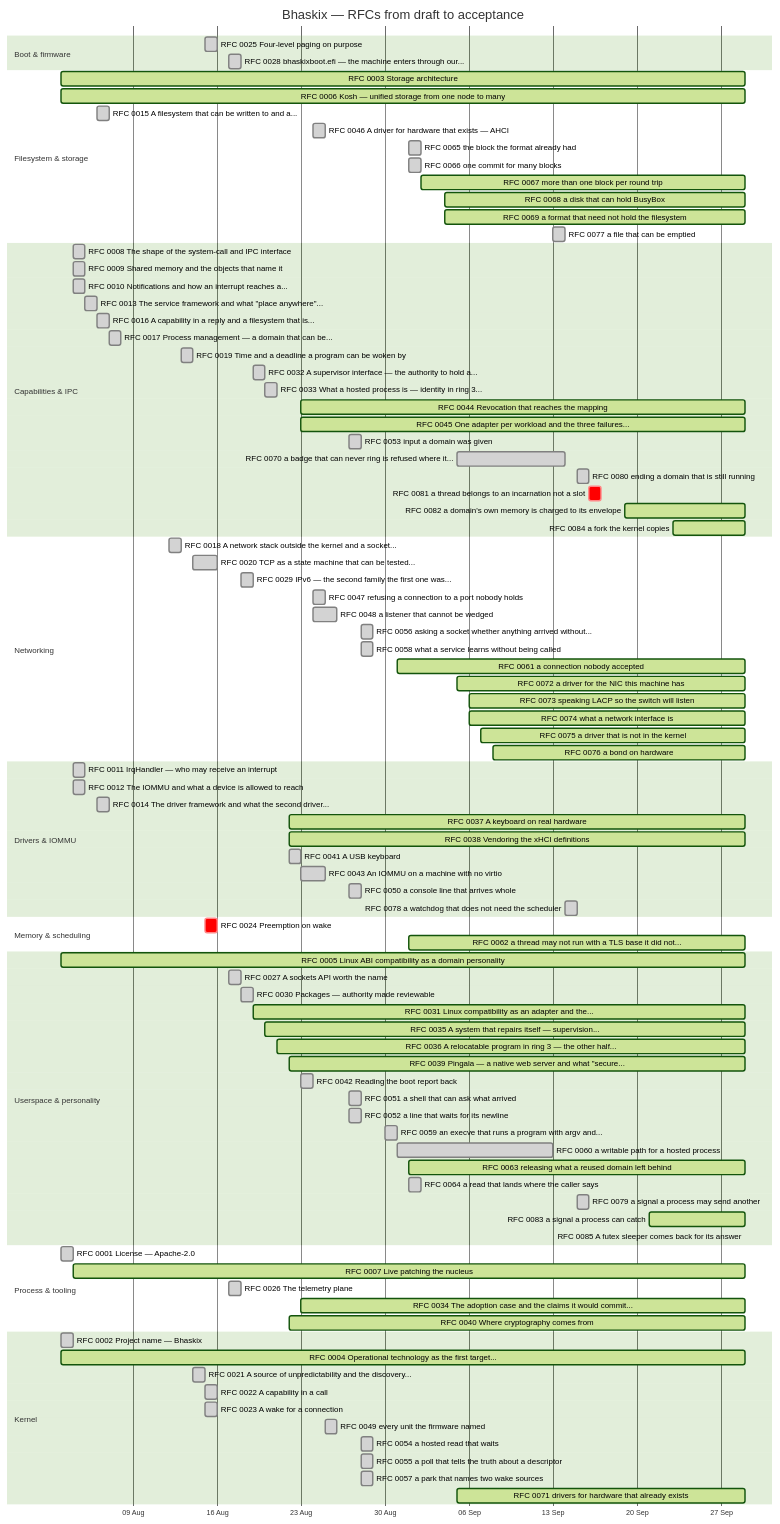
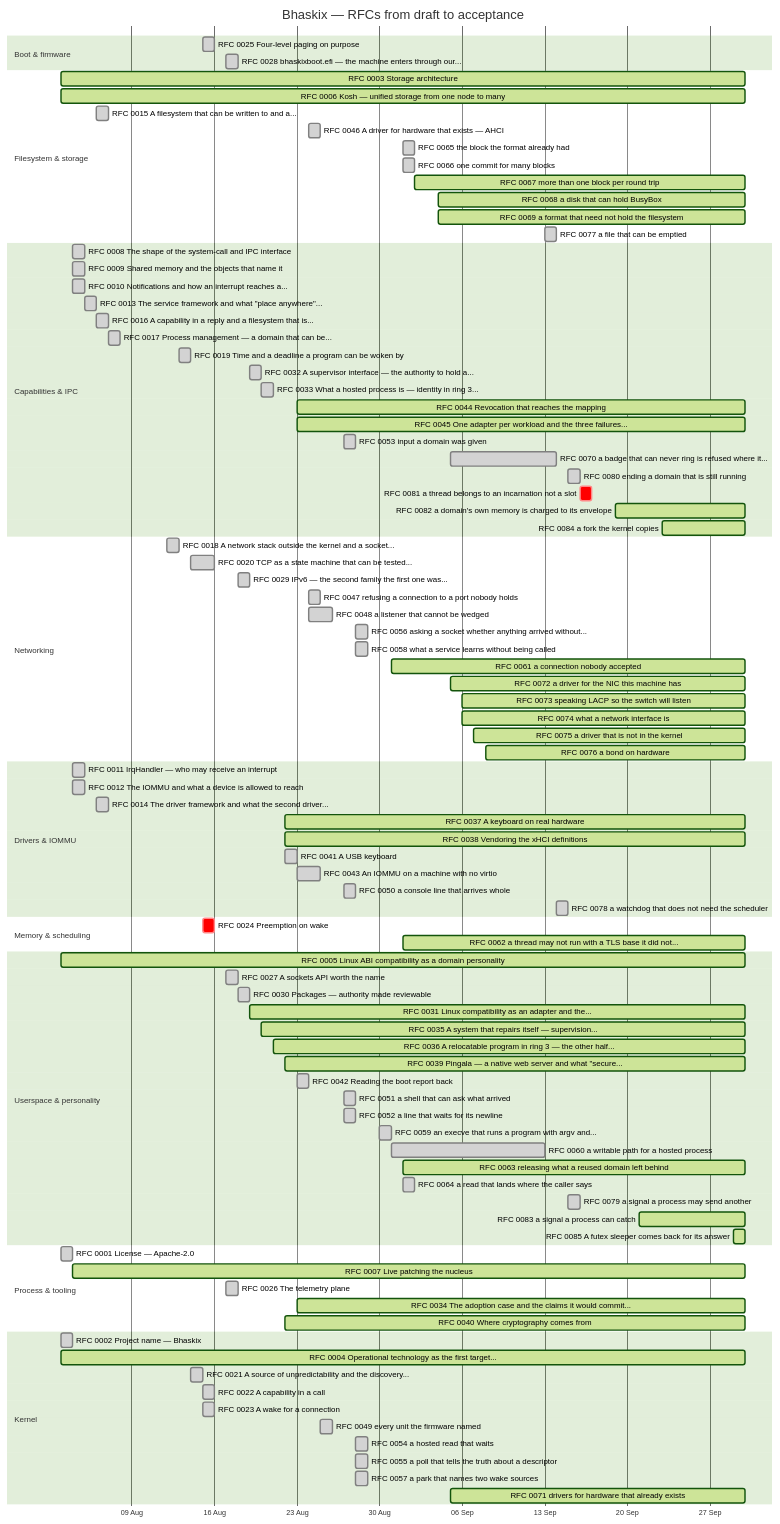
One commit to bhaskix/bhaskix changed the diagram in docs/progress.md. Above: the diagram before and after it, drawn with Mermaid (forest theme). The commit also changed other lines of this file and 3 other files, not shown here.

First line of the commit message:
kernel: a socket probe that never ends says whether its thread is being run

````diff
--- a/docs/progress.md
+++ b/docs/progress.md
@@ -31,15 +31,15 @@
     RFC 0025 Four-level paging on purpose :done, r0025, 2026-08-15, 2026-08-16
     RFC 0028 bhaskixboot.efi — the machine enters through our... :done, r0028, 2026-08-17, 2026-08-18
     section Filesystem & storage
-    RFC 0003 Storage architecture :active, r0003, 2026-08-03, 2026-09-29
-    RFC 0006 Kosh — unified storage from one node to many :active, r0006, 2026-08-03, 2026-09-29
+    RFC 0003 Storage architecture :active, r0003, 2026-08-03, 2026-09-30
+    RFC 0006 Kosh — unified storage from one node to many :active, r0006, 2026-08-03, 2026-09-30
     RFC 0015 A filesystem that can be written to and a... :done, r0015, 2026-08-06, 1d
     RFC 0046 A driver for hardware that exists — AHCI :done, r0046, 2026-08-24, 1d
     RFC 0065 the block the format already had :done, r0065, 2026-09-01, 1d
     RFC 0066 one commit for many blocks :done, r0066, 2026-09-01, 1d
-    RFC 0067 more than one block per round trip :active, r0067, 2026-09-02, 2026-09-29
-    RFC 0068 a disk that can hold BusyBox :active, r0068, 2026-09-04, 2026-09-29
-    RFC 0069 a format that need not hold the filesystem :active, r0069, 2026-09-04, 2026-09-29
+    RFC 0067 more than one block per round trip :active, r0067, 2026-09-02, 2026-09-30
+    RFC 0068 a disk that can hold BusyBox :active, r0068, 2026-09-04, 2026-09-30
+    RFC 0069 a format that need not hold the filesystem :active, r0069, 2026-09-04, 2026-09-30
     RFC 0077 a file that can be emptied :done, r0077, 2026-09-13, 1d
     section Capabilities & IPC
     RFC 0008 The shape of the system-call and IPC interface :done, r0008, 2026-08-04, 1d
@@ -51,14 +51,14 @@
     RFC 0019 Time and a deadline a program can be woken by :done, r0019, 2026-08-13, 2026-08-14
     RFC 0032 A supervisor interface — the authority to hold a... :done, r0032, 2026-08-19, 2026-08-20
     RFC 0033 What a hosted process is — identity in ring 3... :done, r0033, 2026-08-20, 1d
-    RFC 0044 Revocation that reaches the mapping :active, r0044, 2026-08-23, 2026-09-29
-    RFC 0045 One adapter per workload and the three failures... :active, r0045, 2026-08-23, 2026-09-29
+    RFC 0044 Revocation that reaches the mapping :active, r0044, 2026-08-23, 2026-09-30
+    RFC 0045 One adapter per workload and the three failures... :active, r0045, 2026-08-23, 2026-09-30
     RFC 0053 input a domain was given :done, r0053, 2026-08-27, 1d
     RFC 0070 a badge that can never ring is refused where it... :done, r0070, 2026-09-05, 2026-09-14
     RFC 0080 ending a domain that is still running :done, r0080, 2026-09-15, 1d
     RFC 0081 a thread belongs to an incarnation not a slot :crit, r0081, 2026-09-16, 1d
-    RFC 0082 a domain's own memory is charged to its envelope :active, r0082, 2026-09-19, 2026-09-29
-    RFC 0084 a fork the kernel copies :active, r0084, 2026-09-23, 2026-09-29
+    RFC 0082 a domain's own memory is charged to its envelope :active, r0082, 2026-09-19, 2026-09-30
+    RFC 0084 a fork the kernel copies :active, r0084, 2026-09-23, 2026-09-30
     section Networking
     RFC 0018 A network stack outside the kernel and a socket... :done, r0018, 2026-08-12, 2026-08-13
     RFC 0020 TCP as a state machine that can be tested... :done, r0020, 2026-08-14, 2026-08-16
@@ -67,52 +67,52 @@
     RFC 0048 a listener that cannot be wedged :done, r0048, 2026-08-24, 2026-08-26
     RFC 0056 asking a socket whether anything arrived without... :done, r0056, 2026-08-28, 1d
     RFC 0058 what a service learns without being called :done, r0058, 2026-08-28, 1d
-    RFC 0061 a connection nobody accepted :active, r0061, 2026-08-31, 2026-09-29
-    RFC 0072 a driver for the NIC this machine has :active, r0072, 2026-09-05, 2026-09-29
-    RFC 0073 speaking LACP so the switch will listen :active, r0073, 2026-09-06, 2026-09-29
-    RFC 0074 what a network interface is :active, r0074, 2026-09-06, 2026-09-29
-    RFC 0075 a driver that is not in the kernel :active, r0075, 2026-09-07, 2026-09-29
-    RFC 0076 a bond on hardware :active, r0076, 2026-09-08, 2026-09-29
+    RFC 0061 a connection nobody accepted :active, r0061, 2026-08-31, 2026-09-30
+    RFC 0072 a driver for the NIC this machine has :active, r0072, 2026-09-05, 2026-09-30
+    RFC 0073 speaking LACP so the switch will listen :active, r0073, 2026-09-06, 2026-09-30
+    RFC 0074 what a network interface is :active, r0074, 2026-09-06, 2026-09-30
+    RFC 0075 a driver that is not in the kernel :active, r0075, 2026-09-07, 2026-09-30
+    RFC 0076 a bond on hardware :active, r0076, 2026-09-08, 2026-09-30
     section Drivers & IOMMU
     RFC 0011 IrqHandler — who may receive an interrupt :done, r0011, 2026-08-04, 1d
     RFC 0012 The IOMMU and what a device is allowed to reach :done, r0012, 2026-08-04, 1d
     RFC 0014 The driver framework and what the second driver... :done, r0014, 2026-08-06, 1d
-    RFC 0037 A keyboard on real hardware :active, r0037, 2026-08-22, 2026-09-29
-    RFC 0038 Vendoring the xHCI definitions :active, r0038, 2026-08-22, 2026-09-29
+    RFC 0037 A keyboard on real hardware :active, r0037, 2026-08-22, 2026-09-30
+    RFC 0038 Vendoring the xHCI definitions :active, r0038, 2026-08-22, 2026-09-30
     RFC 0041 A USB keyboard :done, r0041, 2026-08-22, 2026-08-23
     RFC 0043 An IOMMU on a machine with no virtio :done, r0043, 2026-08-23, 2026-08-25
     RFC 0050 a console line that arrives whole :done, r0050, 2026-08-27, 1d
     RFC 0078 a watchdog that does not need the scheduler :done, r0078, 2026-09-14, 2026-09-15
     section Memory & scheduling
     RFC 0024 Preemption on wake :crit, r0024, 2026-08-15, 1d
-    RFC 0062 a thread may not run with a TLS base it did not... :active, r0062, 2026-09-01, 2026-09-29
+    RFC 0062 a thread may not run with a TLS base it did not... :active, r0062, 2026-09-01, 2026-09-30
     section Userspace & personality
-    RFC 0005 Linux ABI compatibility as a domain personality :active, r0005, 2026-08-03, 2026-09-29
+    RFC 0005 Linux ABI compatibility as a domain personality :active, r0005, 2026-08-03, 2026-09-30
     RFC 0027 A sockets API worth the name :done, r0027, 2026-08-17, 1d
     RFC 0030 Packages — authority made reviewable :done, r0030, 2026-08-18, 2026-08-19
-    RFC 0031 Linux compatibility as an adapter and the... :active, r0031, 2026-08-19, 2026-09-29
-    RFC 0035 A system that repairs itself — supervision... :active, r0035, 2026-08-20, 2026-09-29
-    RFC 0036 A relocatable program in ring 3 — the other half... :active, r0036, 2026-08-21, 2026-09-29
-    RFC 0039 Pingala — a native web server and what "secure... :active, r0039, 2026-08-22, 2026-09-29
+    RFC 0031 Linux compatibility as an adapter and the... :active, r0031, 2026-08-19, 2026-09-30
+    RFC 0035 A system that repairs itself — supervision... :active, r0035, 2026-08-20, 2026-09-30
+    RFC 0036 A relocatable program in ring 3 — the other half... :active, r0036, 2026-08-21, 2026-09-30
+    RFC 0039 Pingala — a native web server and what "secure... :active, r0039, 2026-08-22, 2026-09-30
     RFC 0042 Reading the boot report back :done, r0042, 2026-08-23, 1d
     RFC 0051 a shell that can ask what arrived :done, r0051, 2026-08-27, 1d
     RFC 0052 a line that waits for its newline :done, r0052, 2026-08-27, 1d
     RFC 0059 an execve that runs a program with argv and... :done, r0059, 2026-08-30, 1d
     RFC 0060 a writable path for a hosted process :done, r0060, 2026-08-31, 2026-09-13
-    RFC 0063 releasing what a reused domain left behind :active, r0063, 2026-09-01, 2026-09-29
+    RFC 0063 releasing what a reused domain left behind :active, r0063, 2026-09-01, 2026-09-30
     RFC 0064 a read that lands where the caller says :done, r0064, 2026-09-01, 1d
     RFC 0079 a signal a process may send another :done, r0079, 2026-09-15, 1d
-    RFC 0083 a signal a process can catch :active, r0083, 2026-09-21, 2026-09-29
-    RFC 0085 A futex sleeper comes back for its answer :active, r0085, 2026-09-29, 2026-09-29
+    RFC 0083 a signal a process can catch :active, r0083, 2026-09-21, 2026-09-30
+    RFC 0085 A futex sleeper comes back for its answer :active, r0085, 2026-09-29, 2026-09-30
     section Process & tooling
     RFC 0001 License — Apache-2.0 :done, r0001, 2026-08-03, 1d
-    RFC 0007 Live patching the nucleus :active, r0007, 2026-08-04, 2026-09-29
+    RFC 0007 Live patching the nucleus :active, r0007, 2026-08-04, 2026-09-30
     RFC 0026 The telemetry plane :done, r0026, 2026-08-17, 1d
-    RFC 0034 The adoption case and the claims it would commit... :active, r0034, 2026-08-23, 2026-09-29
-    RFC 0040 Where cryptography comes from :active, r0040, 2026-08-22, 2026-09-29
+    RFC 0034 The adoption case and the claims it would commit... :active, r0034, 2026-08-23, 2026-09-30
+    RFC 0040 Where cryptography comes from :active, r0040, 2026-08-22, 2026-09-30
     section Kernel
     RFC 0002 Project name — Bhaskix :done, r0002, 2026-08-03, 1d
-    RFC 0004 Operational technology as the first target... :active, r0004, 2026-08-03, 2026-09-29
+    RFC 0004 Operational technology as the first target... :active, r0004, 2026-08-03, 2026-09-30
     RFC 0021 A source of unpredictability and the discovery... :done, r0021, 2026-08-14, 1d
     RFC 0022 A capability in a call :done, r0022, 2026-08-15, 2026-08-16
     RFC 0023 A wake for a connection :done, r0023, 2026-08-15, 2026-08-16
@@ -120,5 +120,5 @@
     RFC 0054 a hosted read that waits :done, r0054, 2026-08-28, 1d
     RFC 0055 a poll that tells the truth about a descriptor :done, r0055, 2026-08-28, 1d
     RFC 0057 a park that names two wake sources :done, r0057, 2026-08-28, 1d
-    RFC 0071 drivers for hardware that already exists :active, r0071, 2026-09-05, 2026-09-29
+    RFC 0071 drivers for hardware that already exists :active, r0071, 2026-09-05, 2026-09-30
 ```
````
